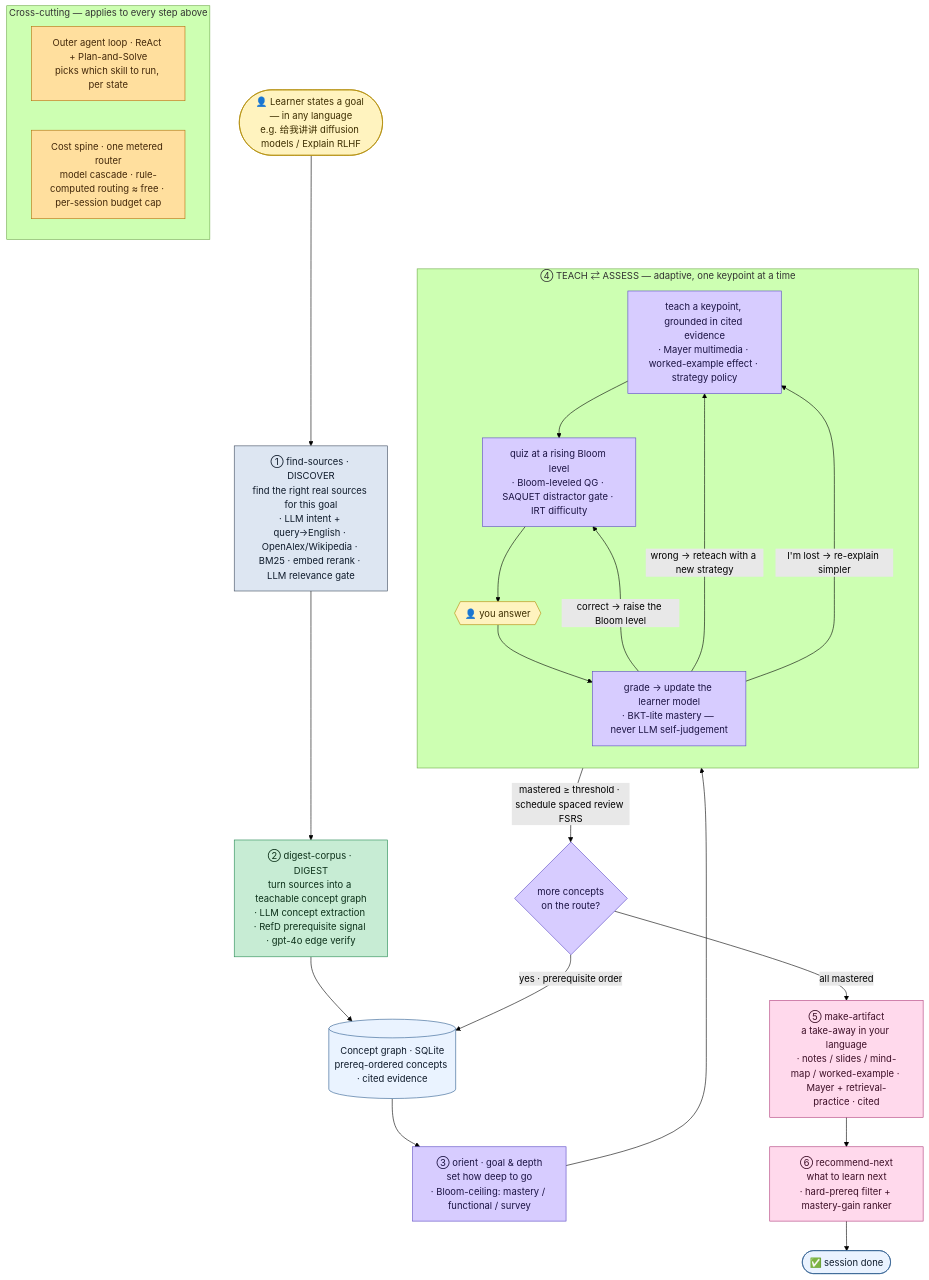
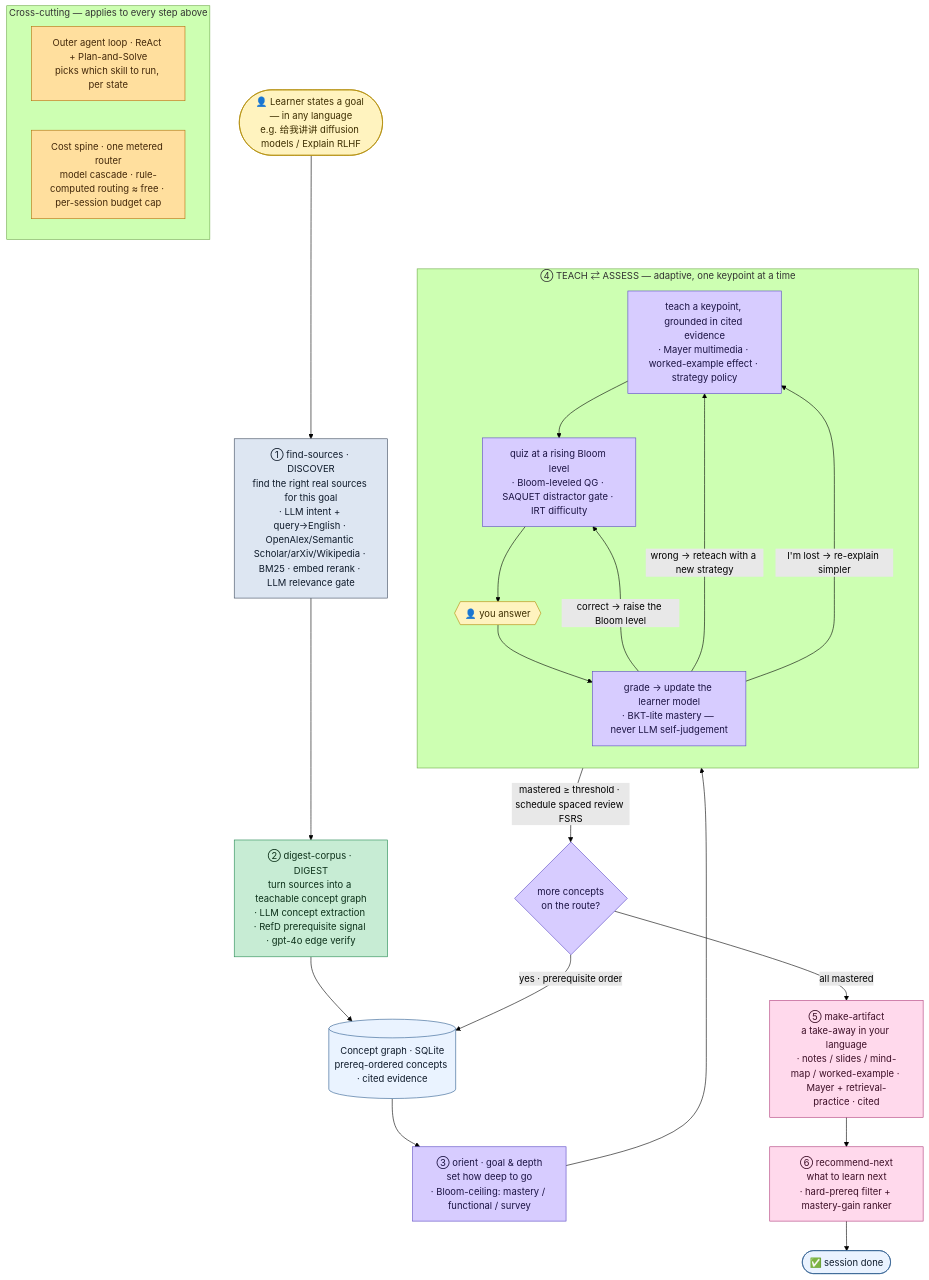
Before and after one commit to The-Architect-3906/LitNavigator: the diagram in docs/RESEARCH-AND-SPEC.md, drawn with Mermaid (forest theme). The commit also changed other lines of this file and 11 other files, not shown here.

````diff
--- a/docs/RESEARCH-AND-SPEC.md
+++ b/docs/RESEARCH-AND-SPEC.md
@@ -58,46 +58,46 @@
 ```mermaid
 flowchart TD
     U(["👤 Learner states a goal — in any language<br/>e.g. 给我讲讲 diffusion models / Explain RLHF"])
 
-    U --> S1["① find-sources · DISCOVER<br/>find the right real sources for this goal<br/>· LLM intent + query→English · OpenAlex/Wikipedia · BM25 · embed rerank · LLM relevance gate"]
+    U --> S1["① find-sources · DISCOVER<br/>find the right real sources for this goal<br/>· LLM intent + query→English · OpenAlex/Semantic Scholar/arXiv/Wikipedia · BM25 · embed rerank · LLM relevance gate"]
     S1 --> S2["② digest-corpus · DIGEST<br/>turn sources into a teachable concept graph<br/>· LLM concept extraction · RefD prerequisite signal · gpt-4o edge verify"]
     S2 --> CG[("Concept graph · SQLite<br/>prereq-ordered concepts · cited evidence")]
     CG --> S3["③ orient · goal & depth<br/>set how deep to go<br/>· Bloom-ceiling: mastery / functional / survey"]
 
     S3 --> LOOP
     subgraph LOOP ["④ TEACH ⇄ ASSESS — adaptive, one keypoint at a time"]
       direction TB
       T["teach a keypoint, grounded in cited evidence<br/>· Mayer multimedia · worked-example effect · strategy policy"]
       Q["quiz at a rising Bloom level<br/>· Bloom-leveled QG · SAQUET distractor gate · IRT difficulty"]
       A{{"👤 you answer"}}
       G["grade → update the learner model<br/>· BKT-lite mastery — never LLM self-judgement"]
       T --> Q --> A --> G
       G -->|wrong → reteach with a new strategy| T
       G -->|"I'm lost → re-explain simpler"| T
       G -->|correct → raise the Bloom level| Q
     end
     LOOP -->|mastered ≥ threshold · schedule spaced review FSRS| NX{more concepts<br/>on the route?}
     NX -->|yes · prerequisite order| CG
     NX -->|all mastered| S5
 
     S5["⑤ make-artifact<br/>a take-away in your language<br/>· notes / slides / mind-map / worked-example · Mayer + retrieval-practice · cited"]
     S5 --> S6["⑥ recommend-next<br/>what to learn next<br/>· hard-prereq filter + mastery-gain ranker"]
     S6 --> DONE(["✅ session done"])
 
     subgraph X ["Cross-cutting — applies to every step above"]
       direction LR
       OL["Outer agent loop · ReAct + Plan-and-Solve<br/>picks which skill to run, per state"]
       CS["Cost spine · one metered router<br/>model cascade · rule-computed routing ≈ free · per-session budget cap"]
     end
 
     classDef disc fill:#dde6f2,stroke:#3f4b5e,color:#0f1b2b;
     classDef dig fill:#c7ecd4,stroke:#258a51,color:#0c3019;
     classDef teach fill:#d7ccff,stroke:#5b49c4,color:#1c1444;
     classDef art fill:#ffd9ec,stroke:#b03a7a,color:#3d0f27;
     classDef store fill:#eaf3ff,stroke:#2d5d8f,color:#0f1b2b;
     classDef spine fill:#ffdf9e,stroke:#b3700d,color:#43280a;
     classDef user fill:#fff3bf,stroke:#b08900,color:#3d2e00;
     class U,A user; class S1 disc; class S2 dig; class CG,DONE store;
     class S3,T,Q,G teach; class NX teach; class S5,S6 art;
     class OL,CS spine;
 ```
````
